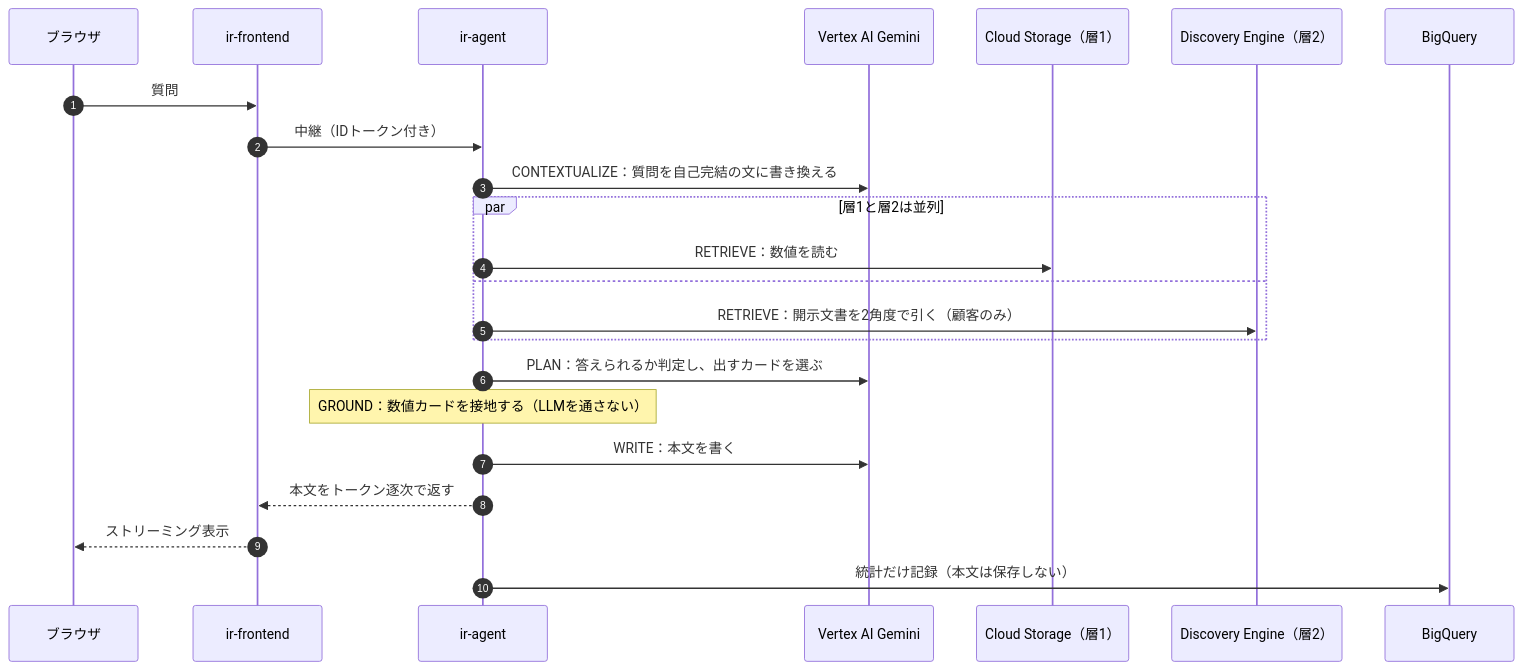
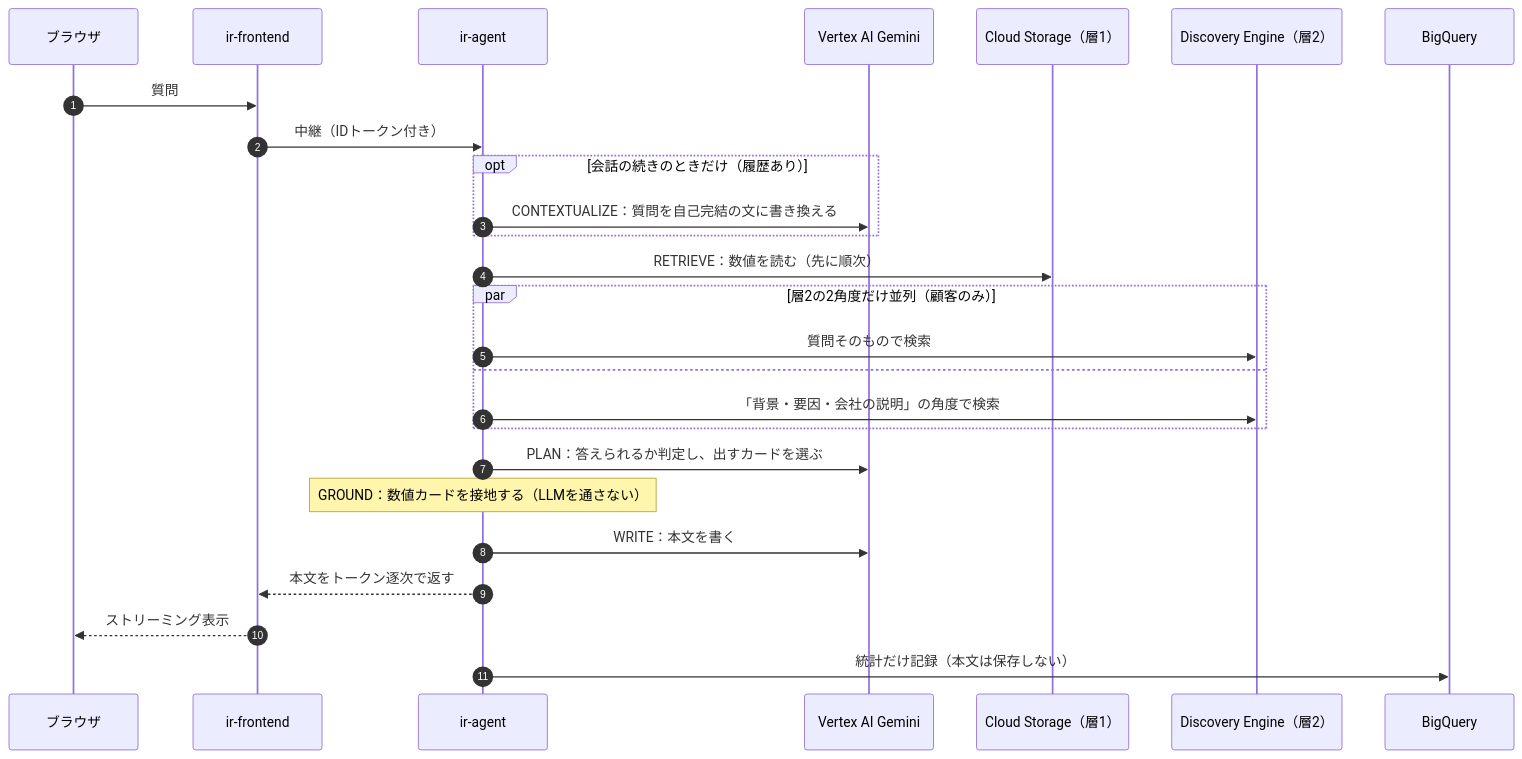
One commit to TIshow/ir-faq-mvp changed the second of 2 diagrams in README.md. Above: the diagram before and after it, drawn with Mermaid. The commit also changed other lines of this file and 1 other file, not shown here.

First line of the commit message:
docs: シーケンス図と呼び出し回数を実装に合わせる (#180) (#181)

````diff
--- a/README.md
+++ b/README.md
@@ -62,26 +62,29 @@
 ```mermaid
 sequenceDiagram
     autonumber
     participant B as ブラウザ
     participant F as ir-frontend
     participant A as ir-agent
     participant G as Vertex AI Gemini
     participant S as Cloud Storage（層1）
     participant D as Discovery Engine（層2）
     participant Q as BigQuery
 
     B->>F: 質問
     F->>A: 中継（IDトークン付き）
-    A->>G: CONTEXTUALIZE：質問を自己完結の文に書き換える
-    par 層1と層2は並列
-        A->>S: RETRIEVE：数値を読む
+    opt 会話の続きのときだけ（履歴あり）
+        A->>G: CONTEXTUALIZE：質問を自己完結の文に書き換える
+    end
+    A->>S: RETRIEVE：数値を読む（先に順次）
+    par 層2の2角度だけ並列（顧客のみ）
+        A->>D: 質問そのもので検索
     and
-        A->>D: RETRIEVE：開示文書を2角度で引く（顧客のみ）
+        A->>D: 「背景・要因・会社の説明」の角度で検索
     end
     A->>G: PLAN：答えられるか判定し、出すカードを選ぶ
     Note over A: GROUND：数値カードを接地する（LLMを通さない）
     A->>G: WRITE：本文を書く
     A-->>F: 本文をトークン逐次で返す
     F-->>B: ストリーミング表示
     A->>Q: 統計だけ記録（本文は保存しない）
 ```
````
